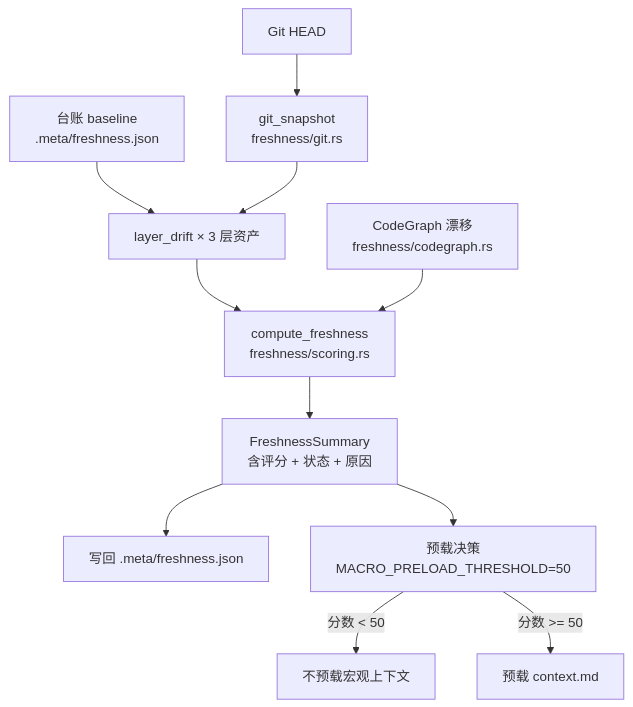
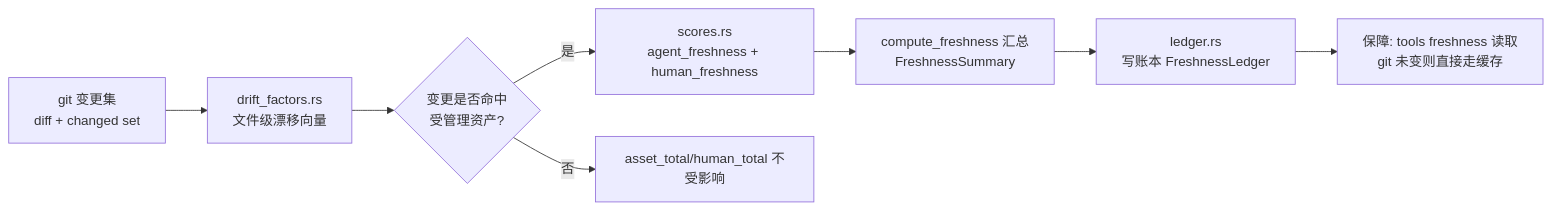
The diagram in .terrain/human/4.Deep-Exploration/freshness.md (sopaco/terrain), drawn with Mermaid before and after one commit. The commit also changed other lines of this file and 29 other files, not shown here.

````diff
--- a/.terrain/human/4.Deep-Exploration/freshness.md
+++ b/.terrain/human/4.Deep-Exploration/freshness.md
@@ -46,13 +49,10 @@
 ```mermaid
-flowchart TD
-    HEAD["Git HEAD"] --> SNAPSHOT["git_snapshot<br/>freshness/git.rs"]
-    LEDGER["台账 baseline<br/>.meta/freshness.json"] --> LDRIFT["layer_drift × 3 层资产"]
-    SNAPSHOT --> LDRIFT
-    LDRIFT --> SCORE["compute_freshness<br/>freshness/scoring.rs"]
-    CG["CodeGraph 漂移<br/>freshness/codegraph.rs"] --> SCORE
-    SCORE --> FS["FreshnessSummary<br/>含评分 + 状态 + 原因"]
-    FS --> WRITE["写回 .meta/freshness.json"]
-    FS --> DECISION["预载决策<br/>MACRO_PRELOAD_THRESHOLD=50"]
-    DECISION -->|"分数 < 50"| NOPRELOAD["不预载宏观上下文"]
-    DECISION -->|"分数 >= 50"| PRELOAD["预载 context.md"]
+flowchart LR
+    A["git 变更集<br/>diff + changed set"] --> B["drift_factors.rs<br/>文件级漂移向量"]
+    B --> C{"变更是否命中<br/>受管理资产?"}
+    C -- 是 --> D["scores.rs<br/>agent_freshness + human_freshness"]
+    C -- 否 --> E["asset_total/human_total 不受影响"]
+    D --> F["compute_freshness 汇总<br/>FreshnessSummary"]
+    F --> G["ledger.rs<br/>写账本 FreshnessLedger"]
+    G --> H["保障: tools freshness 读取<br/>git 未变则直接走缓存"]
 ```
````
